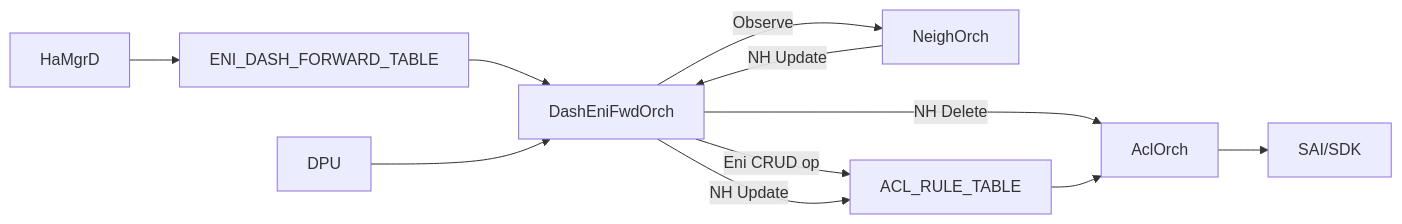
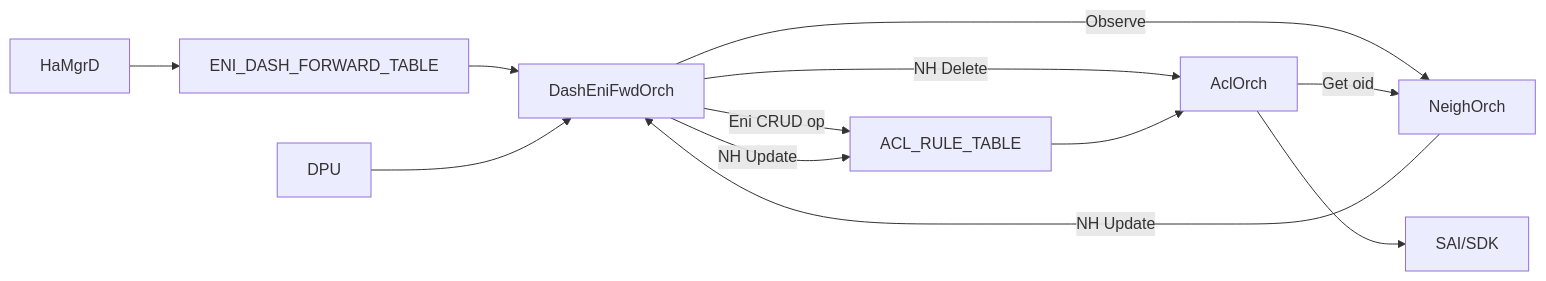
The second of 3 diagrams in doc/smart-switch/high-availability/eni-based-forwarding.md (sonic-net/SONiC), drawn with Mermaid before and after one commit. The commit also changed other lines of this file, not shown here.

````diff
--- a/doc/smart-switch/high-availability/eni-based-forwarding.md
+++ b/doc/smart-switch/high-availability/eni-based-forwarding.md
@@ -274,18 +274,19 @@
 ```mermaid
 flowchart LR
     ENI_TABLE[ENI_DASH_FORWARD_TABLE]
 
     HaMgrD --> ENI_TABLE
     ENI_TABLE --> DashEniFwdOrch
     DPU --> DashEniFwdOrch
 
     DashEniFwdOrch --> |Observe| NeighOrch
     NeighOrch --> |NH Update| DashEniFwdOrch
 
     DashEniFwdOrch --> | Eni CRUD op | ACL_RULE_TABLE
     DashEniFwdOrch --> | NH Update | ACL_RULE_TABLE
     DashEniFwdOrch --> | NH Delete| AclOrch
 
     ACL_RULE_TABLE -->  AclOrch
+    AclOrch --> |Get oid| NeighOrch
     AclOrch --> SAI/SDK
 ```
````
